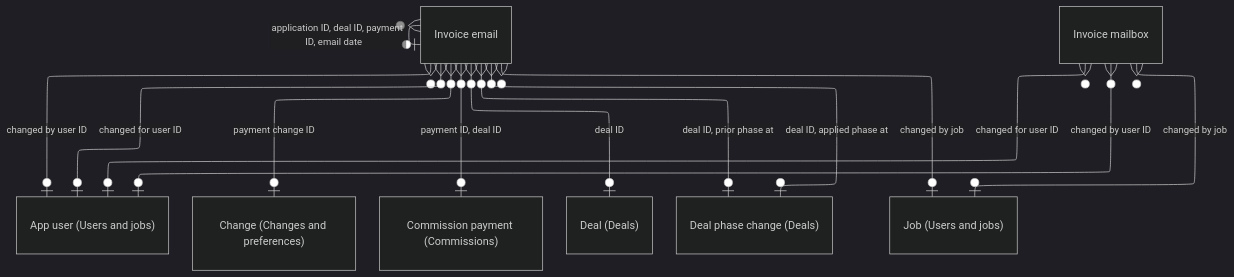
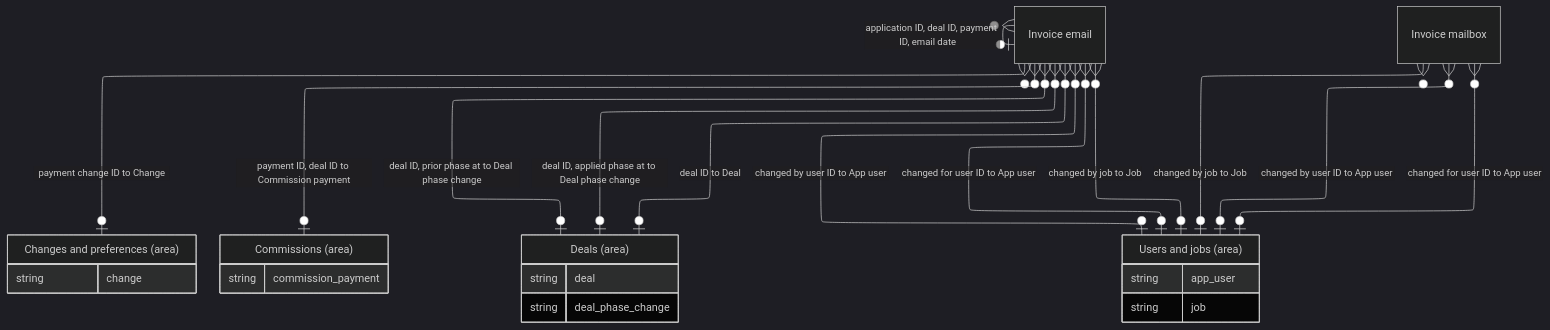
One commit to DoctorCRE/doctorcre-engine changed the diagram in docs/database/tables/viewpoint-invoices.md. Above: the diagram before and after it, drawn with Mermaid (dark theme). The commit also changed 152 other files, not shown here.

````diff
--- a/docs/database/tables/viewpoint-invoices.md
+++ b/docs/database/tables/viewpoint-invoices.md
@@ -3,24 +3,38 @@
 ```mermaid
 ---
 config:
   layout: elk
   er:
     nodeSpacing: 22
     rankSpacing: 44
 ---
 erDiagram
   "Invoice email"
   "Invoice mailbox"
-  "Invoice email" }o--o| "App user (Users and jobs)" : "changed by user ID"
-  "Invoice email" }o--o| "App user (Users and jobs)" : "changed for user ID"
-  "Invoice email" }o--o| "Change (Changes and preferences)" : "payment change ID"
-  "Invoice email" }o--o| "Commission payment (Commissions)" : "payment ID, deal ID"
-  "Invoice email" }o--o| "Deal (Deals)" : "deal ID"
-  "Invoice email" }o--o| "Deal phase change (Deals)" : "deal ID, applied phase at"
-  "Invoice email" }o--o| "Deal phase change (Deals)" : "deal ID, prior phase at"
+  "Changes and preferences (area)" {
+    string change
+  }
+  "Commissions (area)" {
+    string commission_payment
+  }
+  "Deals (area)" {
+    string deal
+    string deal_phase_change
+  }
+  "Users and jobs (area)" {
+    string app_user
+    string job
+  }
+  "Invoice email" }o--o| "Users and jobs (area)" : "changed by user ID to App user"
+  "Invoice email" }o--o| "Users and jobs (area)" : "changed for user ID to App user"
+  "Invoice email" }o--o| "Changes and preferences (area)" : "payment change ID to Change"
+  "Invoice email" }o--o| "Commissions (area)" : "payment ID, deal ID to Commission payment"
+  "Invoice email" }o--o| "Deals (area)" : "deal ID to Deal"
+  "Invoice email" }o--o| "Deals (area)" : "deal ID, applied phase at to Deal phase change"
+  "Invoice email" }o--o| "Deals (area)" : "deal ID, prior phase at to Deal phase change"
   "Invoice email" }o--o| "Invoice email" : "application ID, deal ID, payment ID, email date#160;#160;#160;#160;"
-  "Invoice email" }o--o| "Job (Users and jobs)" : "changed by job"
-  "Invoice mailbox" }o--o| "App user (Users and jobs)" : "changed by user ID"
-  "Invoice mailbox" }o--o| "App user (Users and jobs)" : "changed for user ID"
-  "Invoice mailbox" }o--o| "Job (Users and jobs)" : "changed by job"
+  "Invoice email" }o--o| "Users and jobs (area)" : "changed by job to Job"
+  "Invoice mailbox" }o--o| "Users and jobs (area)" : "changed by user ID to App user"
+  "Invoice mailbox" }o--o| "Users and jobs (area)" : "changed for user ID to App user"
+  "Invoice mailbox" }o--o| "Users and jobs (area)" : "changed by job to Job"
 ```
````
